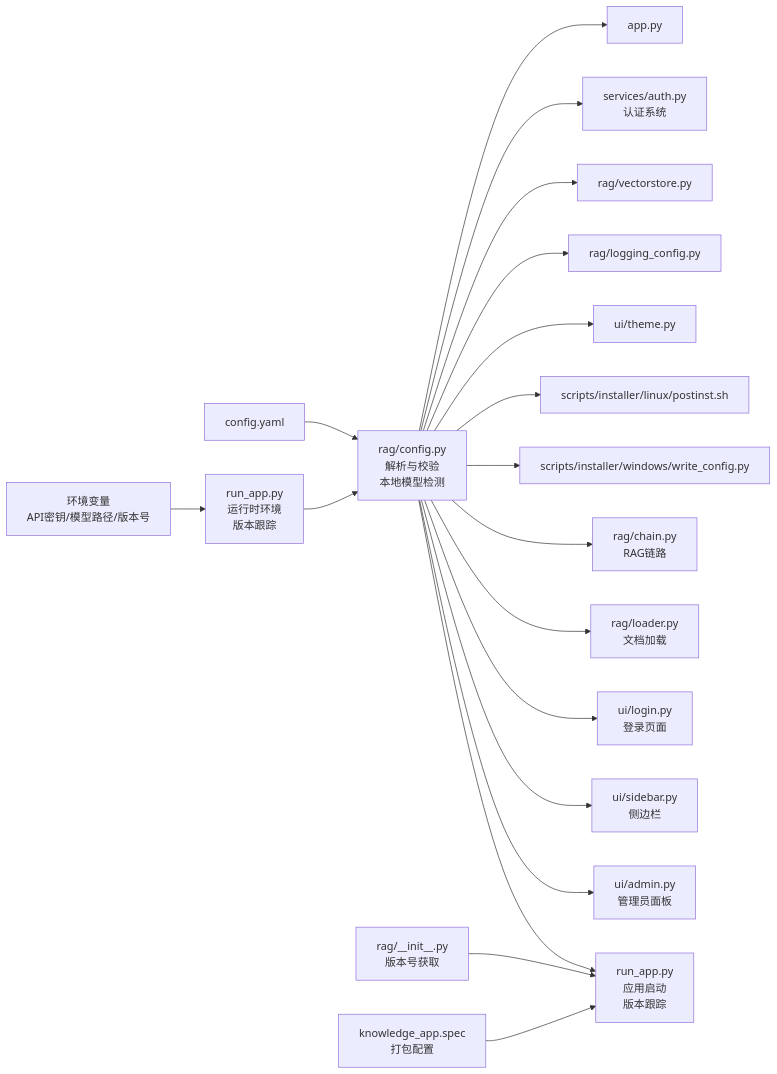
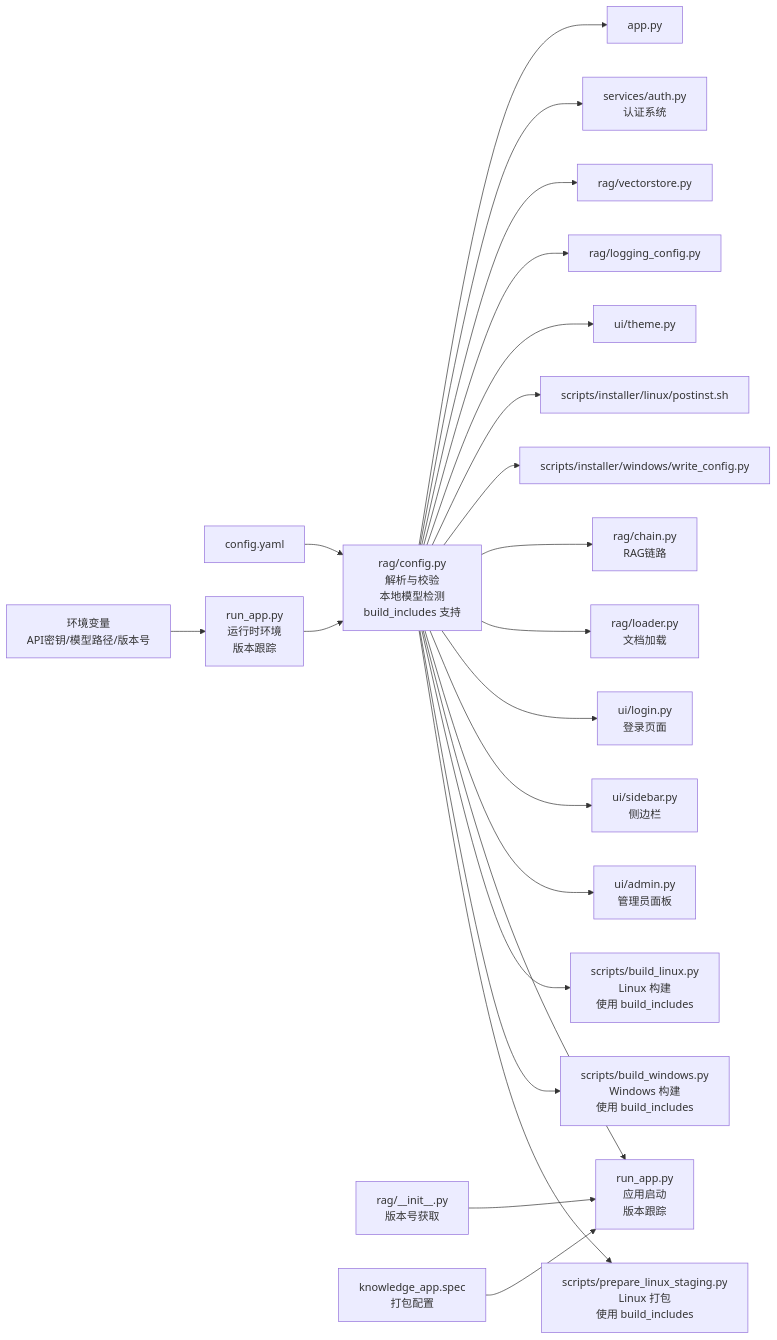
Before and after one commit to joyafa/knowledge: the ninth of 9 diagrams in .qoder/repowiki/zh/content/RAG核心引擎/配置管理系统.md, drawn with Mermaid. The commit also changed other lines of this file and 12 other files, not shown here.

````diff
--- a/.qoder/repowiki/zh/content/RAG核心引擎/配置管理系统.md
+++ b/.qoder/repowiki/zh/content/RAG核心引擎/配置管理系统.md
@@ -585,21 +683,24 @@
 ```mermaid
 graph LR
-cfg["config.yaml"] --> parse["rag/config.py<br/>解析与校验<br/>本地模型检测"]
+cfg["config.yaml"] --> parse["rag/config.py<br/>解析与校验<br/>本地模型检测<br/>build_includes 支持"]
 env["环境变量<br/>API密钥/模型路径/版本号"] --> runtime["run_app.py<br/>运行时环境<br/>版本跟踪"]
 runtime --> parse
 parse --> app["app.py"]
 parse --> auth["services/auth.py<br/>认证系统"]
 parse --> vs["rag/vectorstore.py"]
 parse --> log["rag/logging_config.py"]
 parse --> theme["ui/theme.py"]
 parse --> lnx["scripts/installer/linux/postinst.sh"]
 parse --> win["scripts/installer/windows/write_config.py"]
 parse --> chain["rag/chain.py<br/>RAG链路"]
 parse --> loader["rag/loader.py<br/>文档加载"]
 parse --> login["ui/login.py<br/>登录页面"]
 parse --> sidebar["ui/sidebar.py<br/>侧边栏"]
 parse --> admin["ui/admin.py<br/>管理员面板"]
 parse --> runapp["run_app.py<br/>应用启动<br/>版本跟踪"]
+parse --> build_linux["scripts/build_linux.py<br/>Linux 构建<br/>使用 build_includes"]
+parse --> build_windows["scripts/build_windows.py<br/>Windows 构建<br/>使用 build_includes"]
+parse --> staging["scripts/prepare_linux_staging.py<br/>Linux 打包<br/>使用 build_includes"]
 version["rag/__init__.py<br/>版本号获取"] --> runapp
 pack["knowledge_app.spec<br/>打包配置"] --> runapp
 ```
````
